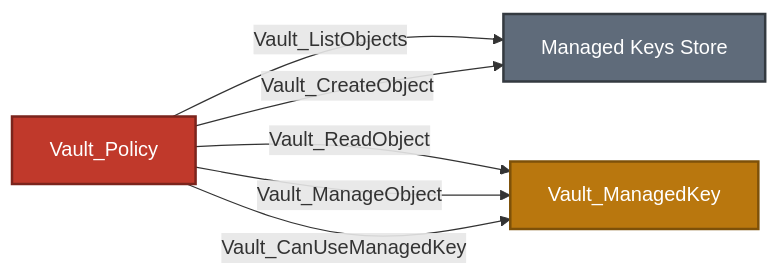
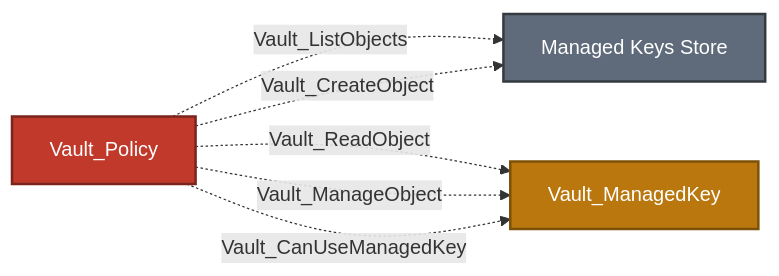
Before and after one commit to bytewreck/opengraph-vault: the second of 3 diagrams in Documentation/stores/MANAGED_KEYS.md, drawn with Mermaid. The commit also changed other lines of this file and 5 other files, not shown here.

````diff
--- a/Documentation/stores/MANAGED_KEYS.md
+++ b/Documentation/stores/MANAGED_KEYS.md
@@ -93,12 +92,12 @@
 ```mermaid
 flowchart LR
-    policy[Vault_Policy]:::policyNode -->|Vault_ListObjects| store[Managed Keys Store]:::storeNode
-    policy -->|Vault_CreateObject| store
-    policy -->|Vault_ReadObject| managed[Vault_ManagedKey]:::managedKeyNode
-    policy -->|Vault_ManageObject| managed
-    policy -->|Vault_CanUseManagedKey| managed
+    policy[Vault_Policy]:::policyNode -.->|Vault_ListObjects| store[Managed Keys Store]:::storeNode
+    policy -.->|Vault_CreateObject| store
+    policy -.->|Vault_ReadObject| managed[Vault_ManagedKey]:::managedKeyNode
+    policy -.->|Vault_ManageObject| managed
+    policy -.->|Vault_CanUseManagedKey| managed
 
     classDef policyNode fill:#C0392B,color:#fff,stroke:#7B241C,stroke-width:2px
     classDef storeNode fill:#5F6B7A,color:#fff,stroke:#343A40,stroke-width:2px
     classDef managedKeyNode fill:#B9770E,color:#fff,stroke:#7E5109,stroke-width:2px
 ```
````
